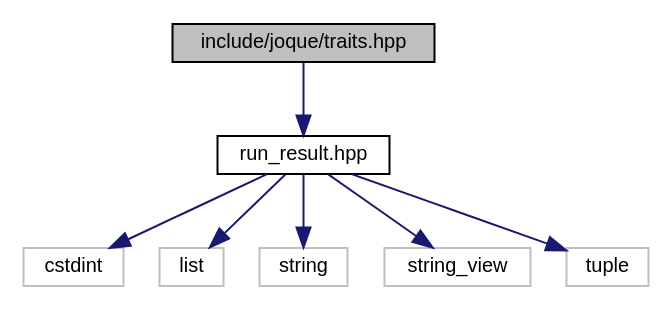
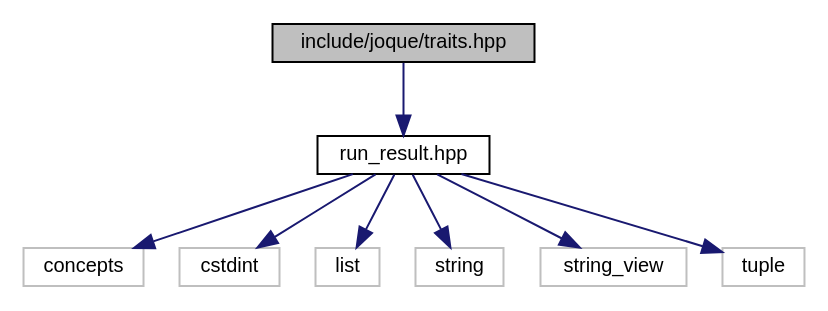
One commit to koniarik/joque changed the diagram in traits_8hpp__incl.dot. Above: the diagram before and after it, drawn with Graphviz. The commit also changed 135 other files, not shown here.

```diff
--- a/traits_8hpp__incl.dot
+++ b/traits_8hpp__incl.dot
@@ -1,19 +1,21 @@
 digraph "include/joque/traits.hpp"
 {
  // LATEX_PDF_SIZE
   edge [fontname="Helvetica",fontsize="10",labelfontname="Helvetica",labelfontsize="10"];
   node [fontname="Helvetica",fontsize="10",shape=record];
   Node1 [label="include/joque/traits.hpp",height=0.2,width=0.4,color="black", fillcolor="grey75", style="filled", fontcolor="black",tooltip=" "];
   Node1 -> Node2 [color="midnightblue",fontsize="10",style="solid",fontname="Helvetica"];
   Node2 [label="run_result.hpp",height=0.2,width=0.4,color="black", fillcolor="white", style="filled",URL="$run__result_8hpp.html",tooltip=" "];
   Node2 -> Node3 [color="midnightblue",fontsize="10",style="solid",fontname="Helvetica"];
-  Node3 [label="cstdint",height=0.2,width=0.4,color="grey75", fillcolor="white", style="filled",tooltip=" "];
+  Node3 [label="concepts",height=0.2,width=0.4,color="grey75", fillcolor="white", style="filled",tooltip=" "];
   Node2 -> Node4 [color="midnightblue",fontsize="10",style="solid",fontname="Helvetica"];
-  Node4 [label="list",height=0.2,width=0.4,color="grey75", fillcolor="white", style="filled",tooltip=" "];
+  Node4 [label="cstdint",height=0.2,width=0.4,color="grey75", fillcolor="white", style="filled",tooltip=" "];
   Node2 -> Node5 [color="midnightblue",fontsize="10",style="solid",fontname="Helvetica"];
-  Node5 [label="string",height=0.2,width=0.4,color="grey75", fillcolor="white", style="filled",tooltip=" "];
+  Node5 [label="list",height=0.2,width=0.4,color="grey75", fillcolor="white", style="filled",tooltip=" "];
   Node2 -> Node6 [color="midnightblue",fontsize="10",style="solid",fontname="Helvetica"];
-  Node6 [label="string_view",height=0.2,width=0.4,color="grey75", fillcolor="white", style="filled",tooltip=" "];
+  Node6 [label="string",height=0.2,width=0.4,color="grey75", fillcolor="white", style="filled",tooltip=" "];
   Node2 -> Node7 [color="midnightblue",fontsize="10",style="solid",fontname="Helvetica"];
-  Node7 [label="tuple",height=0.2,width=0.4,color="grey75", fillcolor="white", style="filled",tooltip=" "];
+  Node7 [label="string_view",height=0.2,width=0.4,color="grey75", fillcolor="white", style="filled",tooltip=" "];
+  Node2 -> Node8 [color="midnightblue",fontsize="10",style="solid",fontname="Helvetica"];
+  Node8 [label="tuple",height=0.2,width=0.4,color="grey75", fillcolor="white", style="filled",tooltip=" "];
 }
```
